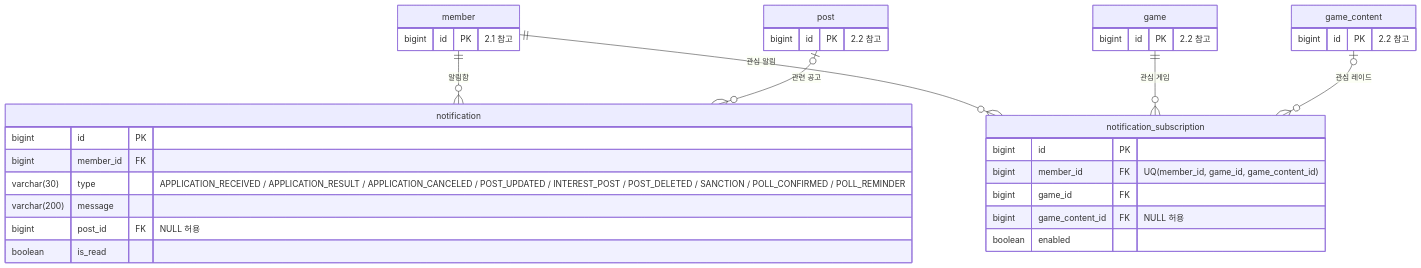
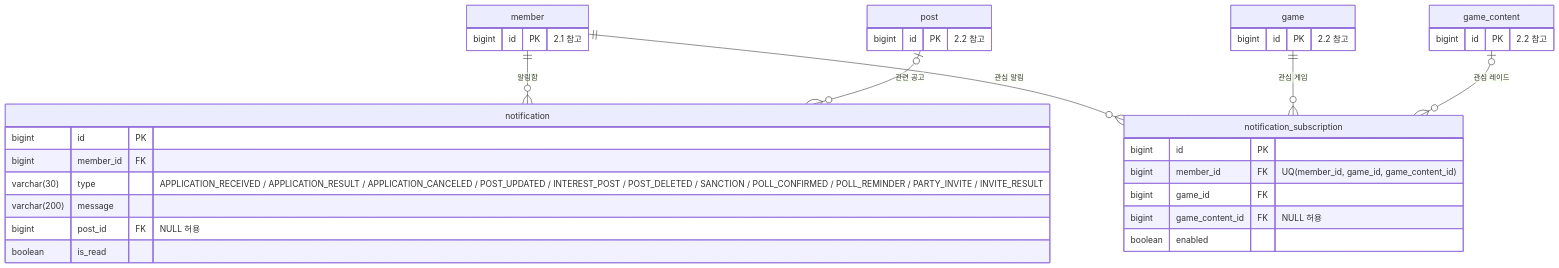
The sixth of 7 diagrams in docs/04-erd.md (likelion-backendschool-11st/basic-project-2team), drawn with Mermaid before and after one commit. The commit also changed other lines of this file and 39 other files, not shown here.

````diff
--- a/docs/04-erd.md
+++ b/docs/04-erd.md
@@ -418,41 +429,41 @@
 ```mermaid
 erDiagram
     member ||--o{ notification : "알림함"
     post |o--o{ notification : "관련 공고"
     member ||--o{ notification_subscription : "관심 알림"
     game ||--o{ notification_subscription : "관심 게임"
     game_content |o--o{ notification_subscription : "관심 레이드"
 
     notification {
         bigint id PK
         bigint member_id FK
-        varchar(30) type "APPLICATION_RECEIVED / APPLICATION_RESULT / APPLICATION_CANCELED / POST_UPDATED / INTEREST_POST / POST_DELETED / SANCTION / POLL_CONFIRMED / POLL_REMINDER"
+        varchar(30) type "APPLICATION_RECEIVED / APPLICATION_RESULT / APPLICATION_CANCELED / POST_UPDATED / INTEREST_POST / POST_DELETED / SANCTION / POLL_CONFIRMED / POLL_REMINDER / PARTY_INVITE / INVITE_RESULT"
         varchar(200) message
         bigint post_id FK "NULL 허용"
         boolean is_read
     }
 
     notification_subscription {
         bigint id PK
         bigint member_id FK "UQ(member_id, game_id, game_content_id)"
         bigint game_id FK
         bigint game_content_id FK "NULL 허용"
         boolean enabled
     }
 
     member {
         bigint id PK "2.1 참고"
     }
 
     post {
         bigint id PK "2.2 참고"
     }
 
     game {
         bigint id PK "2.2 참고"
     }
 
     game_content {
         bigint id PK "2.2 참고"
     }
 ```
````
